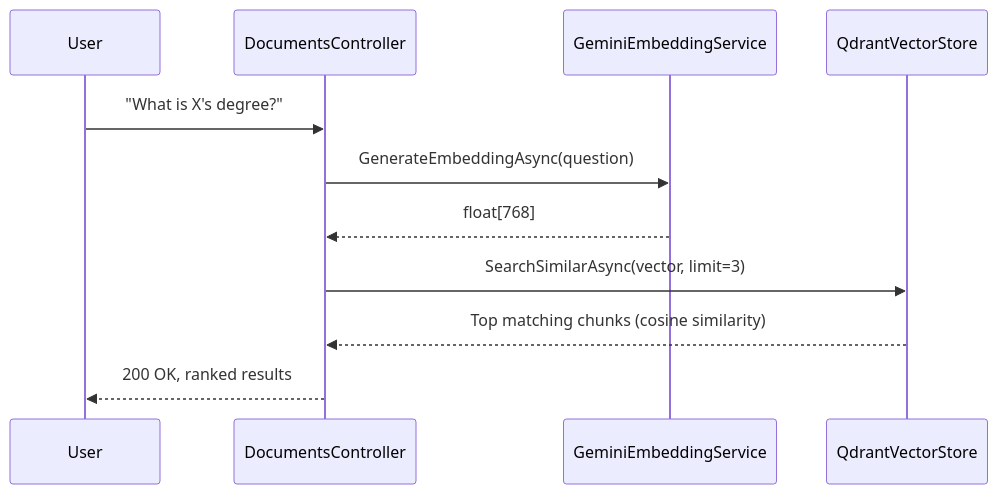
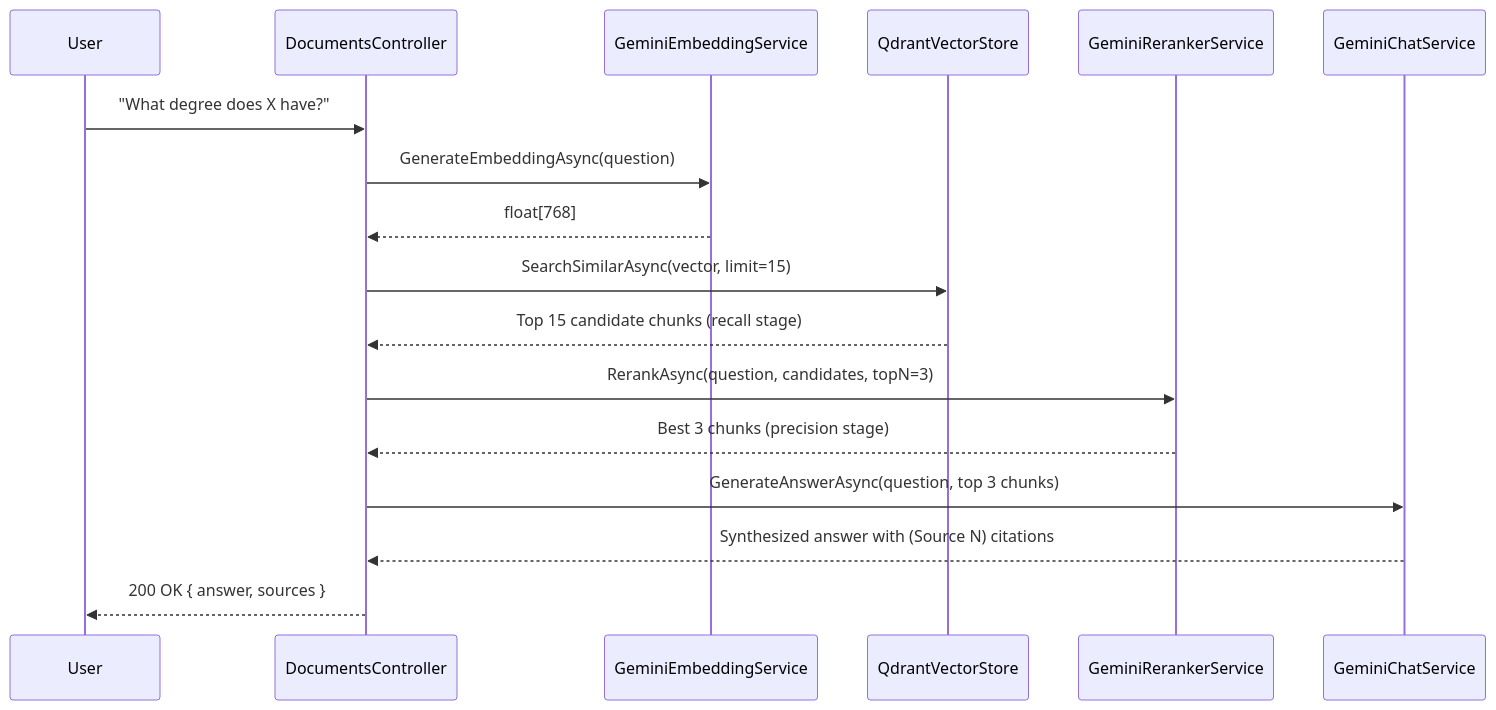
The third of 3 diagrams in README.md (alifasm/VectorMind.RagEngine), drawn with Mermaid before and after one commit. The commit also changed other lines of this file, not shown here.

````diff
--- a/README.md
+++ b/README.md
@@ -99,14 +112,20 @@
 ```mermaid
 sequenceDiagram
     participant User
     participant API as DocumentsController
     participant Embedder as GeminiEmbeddingService
     participant Store as QdrantVectorStore
+    participant Reranker as GeminiRerankerService
+    participant Generator as GeminiChatService
 
-    User->>API: "What is X's degree?"
+    User->>API: "What degree does X have?"
     API->>Embedder: GenerateEmbeddingAsync(question)
     Embedder-->>API: float[768]
-    API->>Store: SearchSimilarAsync(vector, limit=3)
-    Store-->>API: Top matching chunks (cosine similarity)
-    API-->>User: 200 OK, ranked results
+    API->>Store: SearchSimilarAsync(vector, limit=15)
+    Store-->>API: Top 15 candidate chunks (recall stage)
+    API->>Reranker: RerankAsync(question, candidates, topN=3)
+    Reranker-->>API: Best 3 chunks (precision stage)
+    API->>Generator: GenerateAnswerAsync(question, top 3 chunks)
+    Generator-->>API: Synthesized answer with (Source N) citations
+    API-->>User: 200 OK { answer, sources }
 ```
````
